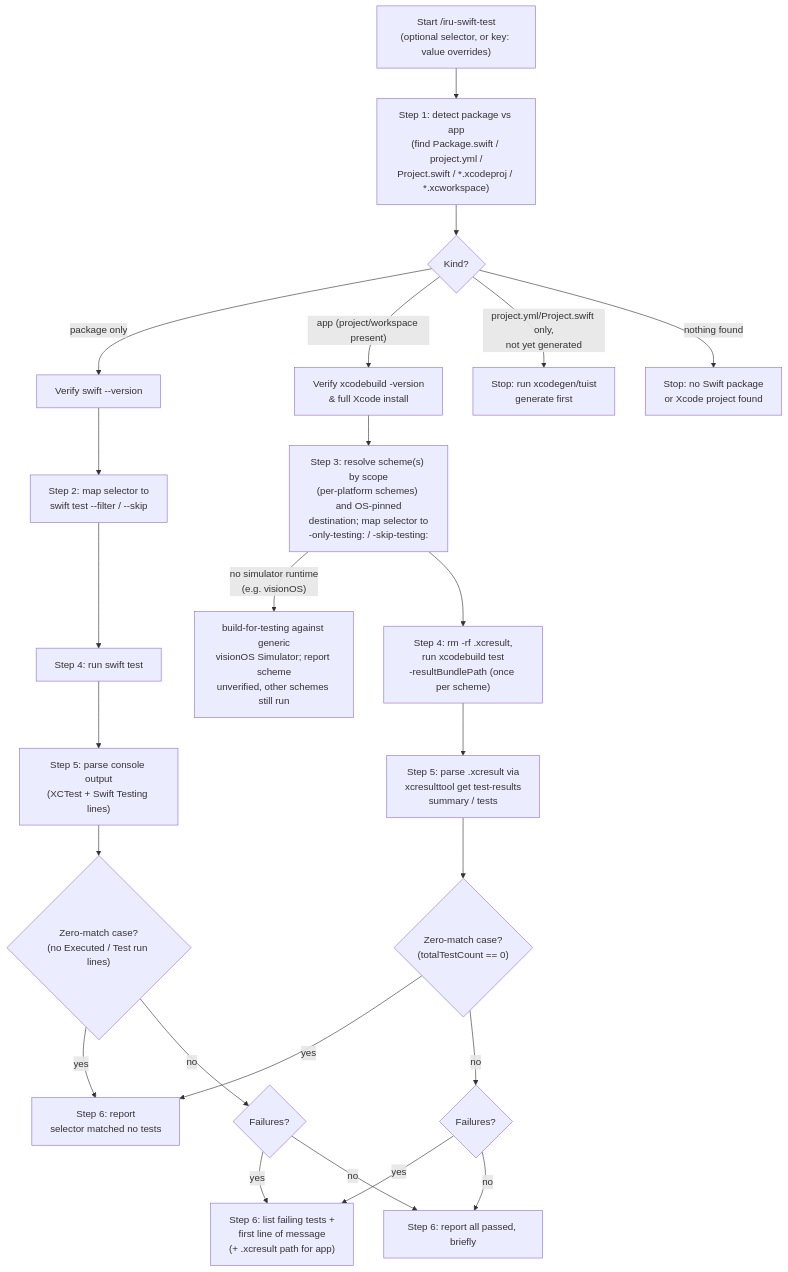
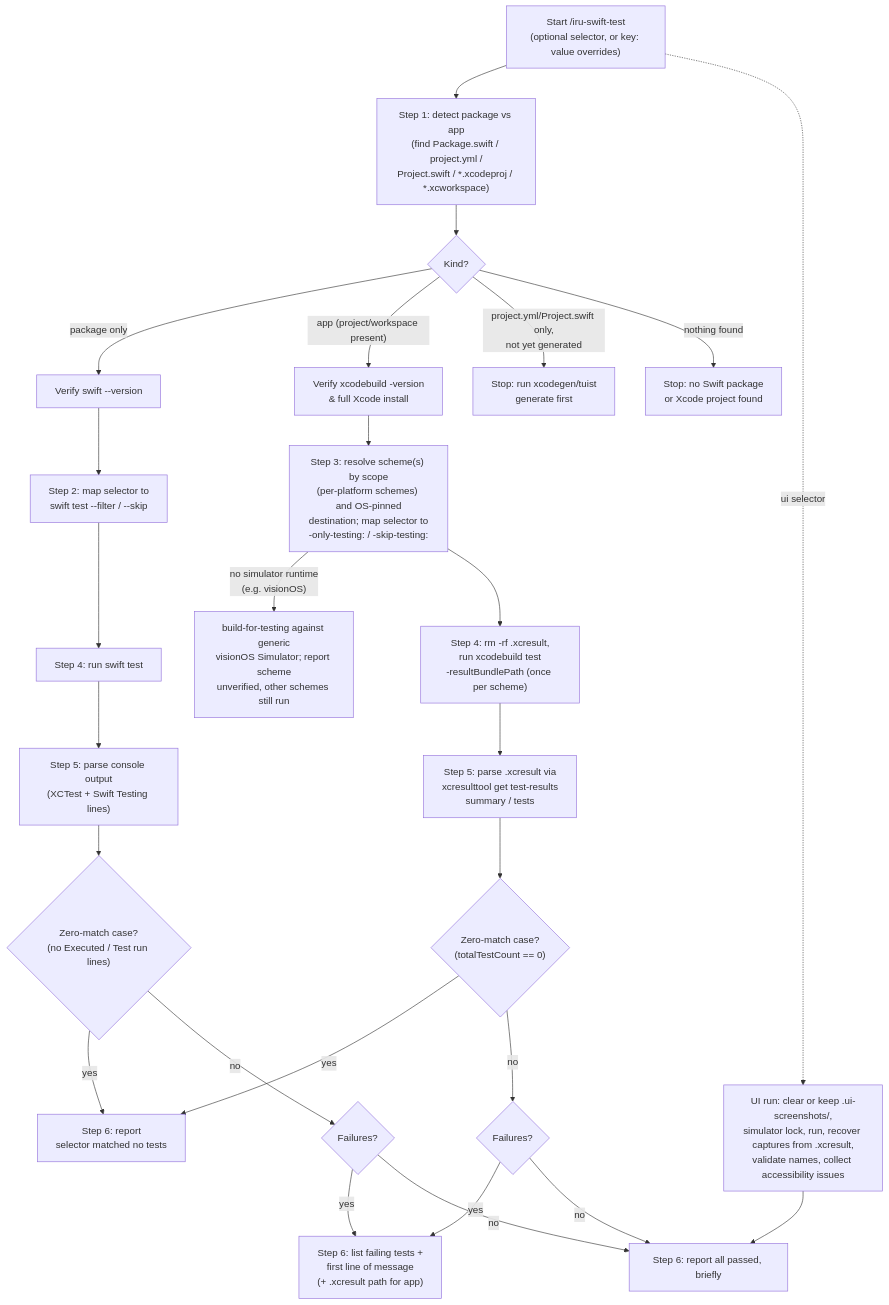
One commit to albertoirurueta/ai-catalog changed the diagram in docs/modules/ROOT/pages/skills/iru-swift-test.adoc. Above: the diagram before and after it, drawn with Mermaid. The commit also changed other lines of this file and 325 other files, not shown here.

```diff
--- a/docs/modules/ROOT/pages/skills/iru-swift-test.adoc
+++ b/docs/modules/ROOT/pages/skills/iru-swift-test.adoc
@@ -172,27 +184,29 @@
 [mermaid]
 ....
 flowchart TD
     A["Start /iru-swift-test\n(optional selector, or key: value overrides)"] --> B["Step 1: detect package vs app\n(find Package.swift / project.yml /\nProject.swift / *.xcodeproj / *.xcworkspace)"]
     B --> C{"Kind?"}
     C -- "package only" --> D["Verify swift --version"]
     C -- "app (project/workspace present)" --> E["Verify xcodebuild -version\n&amp; full Xcode install"]
     C -- "project.yml/Project.swift only,\nnot yet generated" --> F["Stop: run xcodegen/tuist\ngenerate first"]
     C -- "nothing found" --> G["Stop: no Swift package\nor Xcode project found"]
     D --> H["Step 2: map selector to\nswift test --filter / --skip"]
     E --> I["Step 3: resolve scheme(s) by scope\n(per-platform schemes) and OS-pinned\ndestination; map selector to\n-only-testing: / -skip-testing:"]
     I -- "no simulator runtime\n(e.g. visionOS)" --> I2["build-for-testing against generic\nvisionOS Simulator; report scheme\nunverified, other schemes still run"]
     H --> J["Step 4: run swift test"]
     I --> K["Step 4: rm -rf .xcresult,\nrun xcodebuild test\n-resultBundlePath (once per scheme)"]
     J --> L["Step 5: parse console output\n(XCTest + Swift Testing lines)"]
     K --> M["Step 5: parse .xcresult via\nxcresulttool get test-results\nsummary / tests"]
     L --> N{"Zero-match case?\n(no Executed / Test run lines)"}
     M --> O{"Zero-match case?\n(totalTestCount == 0)"}
     N -- yes --> P["Step 6: report\nselector matched no tests"]
     O -- yes --> P
     N -- no --> Q{"Failures?"}
     O -- no --> R{"Failures?"}
     Q -- yes --> S["Step 6: list failing tests +\nfirst line of message\n(+ .xcresult path for app)"]
     R -- yes --> S
     Q -- no --> T["Step 6: report all passed, briefly"]
     R -- no --> T
+    A -. "ui selector" .-> U["UI run: clear or keep .ui-screenshots/,\nsimulator lock, run, recover captures from .xcresult,\nvalidate names, collect accessibility issues"]
+    U --> T
 ....
```
